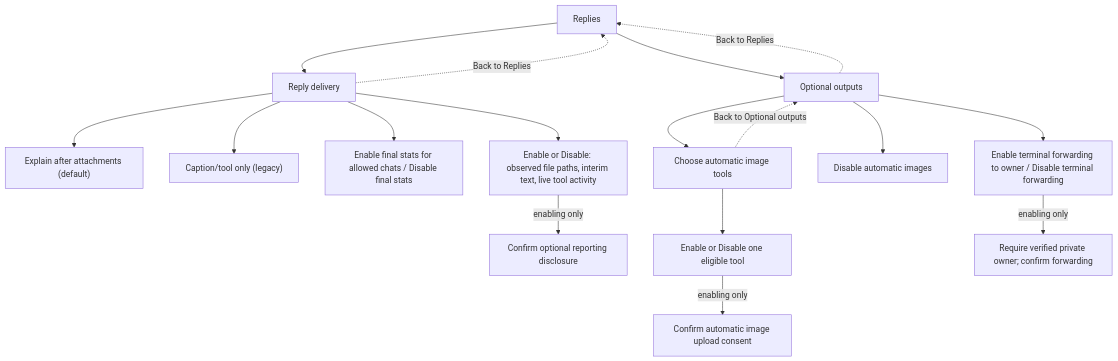
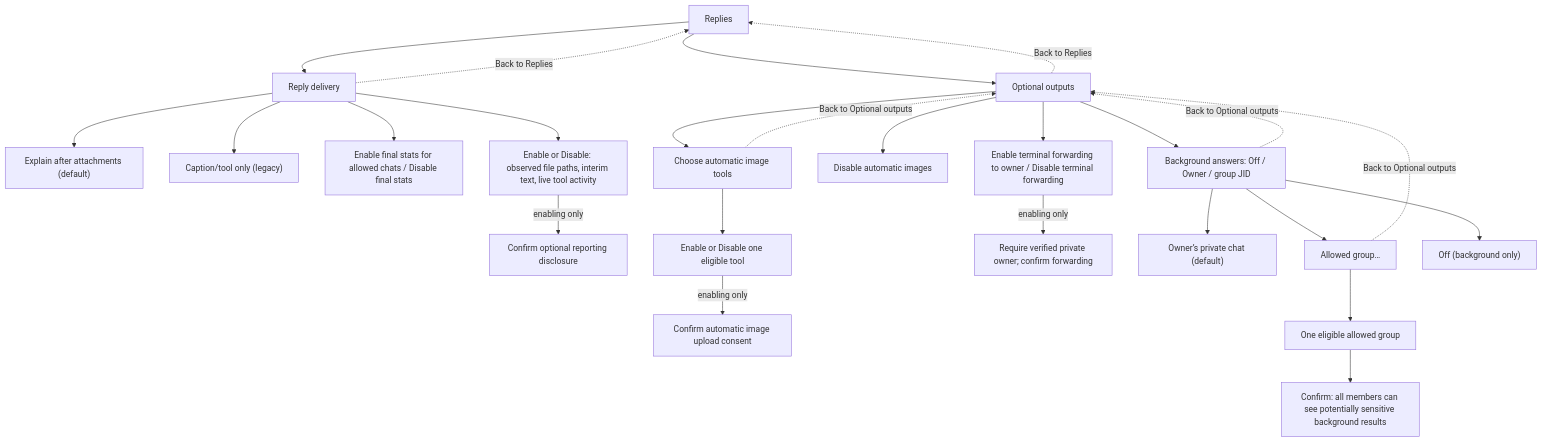
The sixth of 11 diagrams in docs/menu-diagrams.md (jagaliano/whatsapp-ng), drawn with Mermaid before and after one commit. The commit also changed other lines of this file and 32 other files, not shown here.

First line of the commit message:
feat(outputs): forward background answers with explicit destination consent

````diff
--- a/docs/menu-diagrams.md
+++ b/docs/menu-diagrams.md
@@ -147,19 +147,27 @@
 ```mermaid
 flowchart TB
     Replies["Replies"] --> Delivery["Reply delivery"]
     Delivery --> Explain["Explain after attachments (default)"]
     Delivery --> Legacy["Caption/tool only (legacy)"]
     Delivery --> Stats["Enable final stats for allowed chats / Disable final stats"]
     Delivery --> Reports["Enable or Disable: observed file paths, interim text, live tool activity"]
     Reports -->|"enabling only"| Disclosure["Confirm optional reporting disclosure"]
     Delivery -. "Back to Replies" .-> Replies
     Replies --> Optional["Optional outputs"]
     Optional --> Images["Choose automatic image tools"]
     Images --> Tool["Enable or Disable one eligible tool"]
     Tool -->|"enabling only"| ImageConsent["Confirm automatic image upload consent"]
     Images -. "Back to Optional outputs" .-> Optional
     Optional --> ClearImages["Disable automatic images"]
     Optional --> Terminal["Enable terminal forwarding to owner / Disable terminal forwarding"]
     Terminal -->|"enabling only"| OwnerConsent["Require verified private owner; confirm forwarding"]
+    Optional --> Background["Background answers: Off / Owner / group JID"]
+    Background --> Private["Owner’s private chat (default)"]
+    Background --> GroupList["Allowed group…"]
+    GroupList --> OneGroup["One eligible allowed group"]
+    OneGroup --> GroupConsent["Confirm: all members can see potentially sensitive background results"]
+    Background --> BackgroundOff["Off (background only)"]
+    Background -. "Back to Optional outputs" .-> Optional
+    GroupList -. "Back to Optional outputs" .-> Optional
     Optional -. "Back to Replies" .-> Replies
 ```
````
